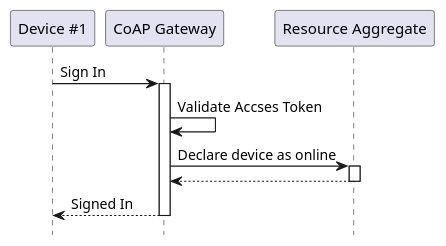
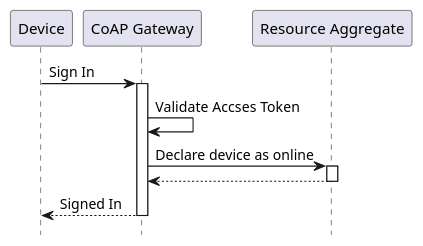
The third of 4 diagrams in docs/guide/architecture/system-overview.md (plgd-dev/hub), drawn with PlantUML before and after one commit. The commit also changed other lines of this file and 1 other file, not shown here.

Commit message:
[doc] extend coap-gw flow diagram

```diff
--- a/docs/guide/architecture/system-overview.md
+++ b/docs/guide/architecture/system-overview.md
@@ -40,14 +66,14 @@
 @startuml Sequence
 hide footbox
 
-participant D1 as "Device #1"
+participant D as "Device"
 participant CGW as "CoAP Gateway"
 participant RA as "Resource Aggregate"
 
-D1 -> CGW ++: Sign In
+D -> CGW ++: Sign In
 CGW -> CGW: Validate Accses Token
 CGW -> RA ++: Declare device as online
 return
 return Signed In
 
 @enduml
```
